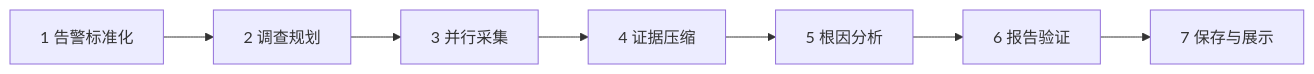
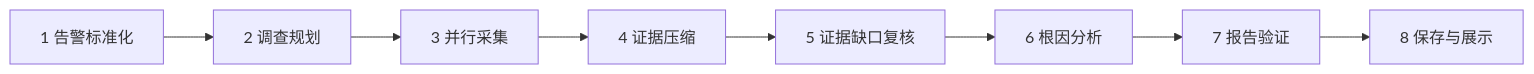
The second of 3 diagrams in YiOps-MVP技术落地方案.md (timmy1688/YiOps), drawn with Mermaid before and after one commit. The commit also changed other lines of this file and 23 other files, not shown here.

````diff
--- a/YiOps-MVP技术落地方案.md
+++ b/YiOps-MVP技术落地方案.md
@@ -121,9 +128,10 @@
 ```mermaid
 flowchart LR
     A[1 告警标准化] --> B[2 调查规划]
     B --> C[3 并行采集]
     C --> D[4 证据压缩]
-    D --> E[5 根因分析]
-    E --> F[6 报告验证]
-    F --> G[7 保存与展示]
+    D --> E[5 证据缺口复核]
+    E --> F[6 根因分析]
+    F --> G[7 报告验证]
+    G --> H[8 保存与展示]
 ```
````
